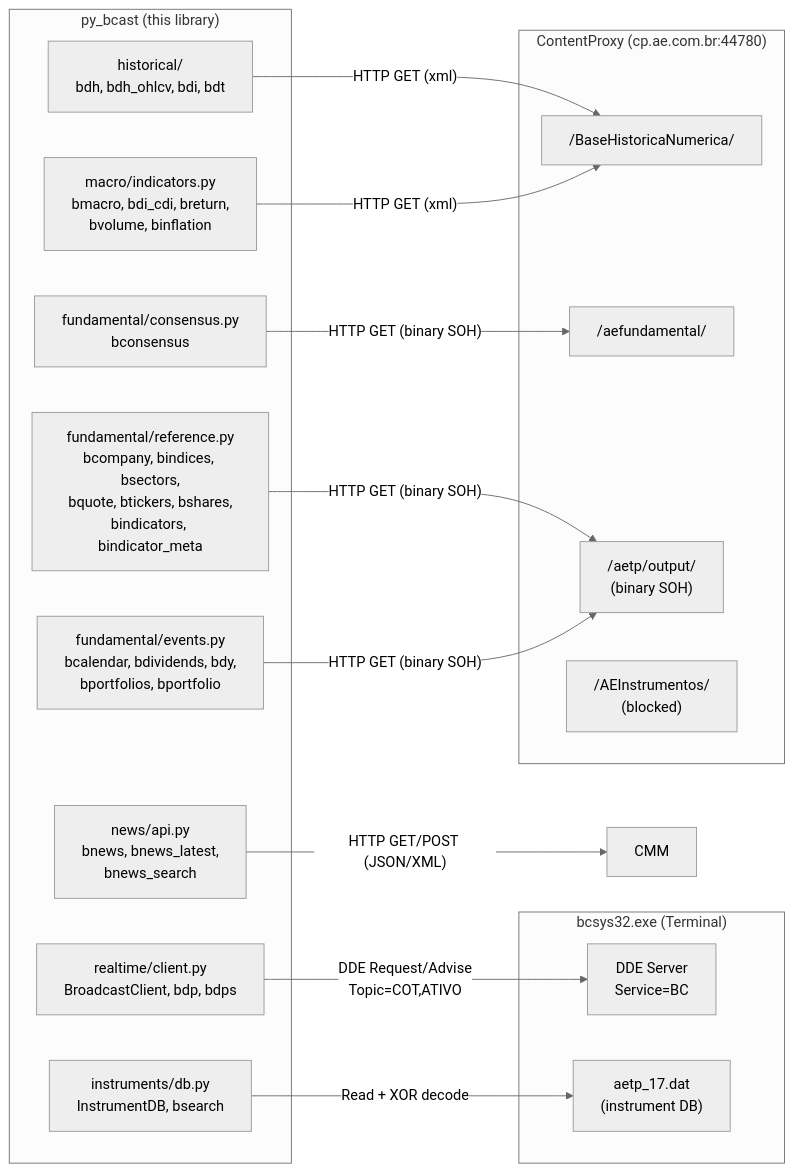
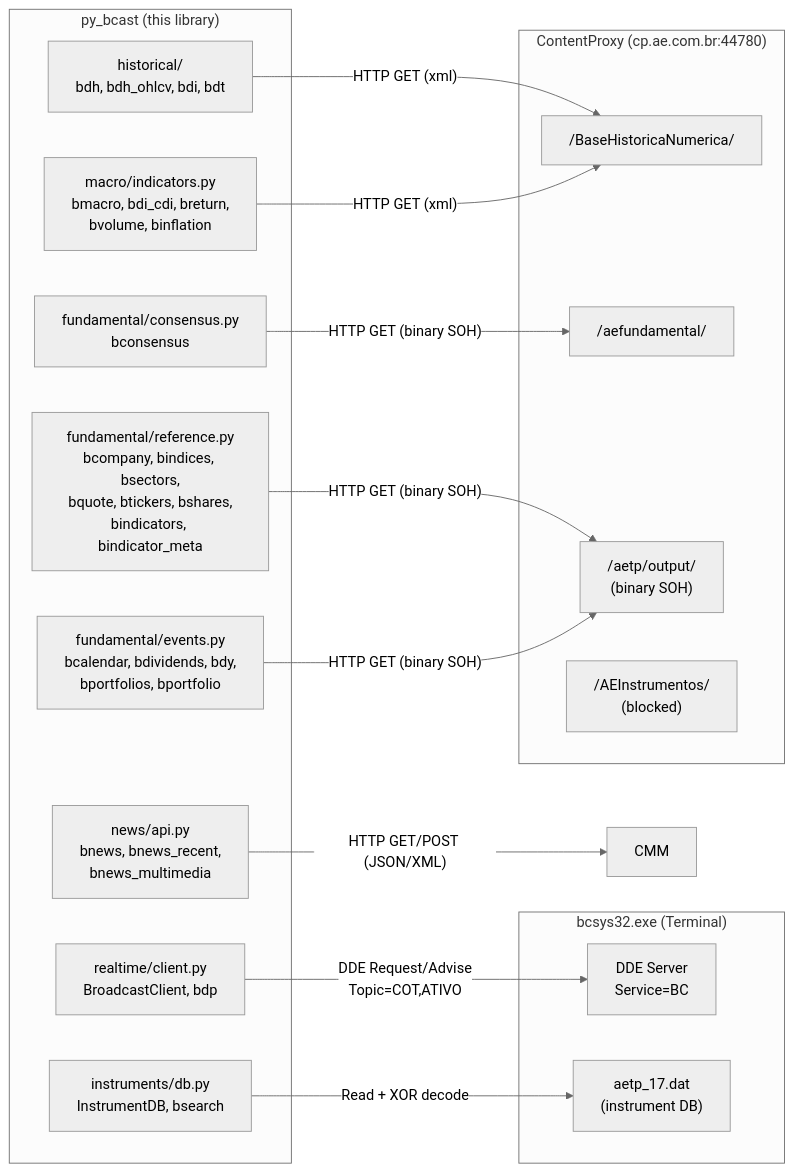
One commit to enzoomoreira/py-bcast changed the first of 2 diagrams in docs/legacy/internals.md. Above: the diagram before and after it, drawn with Mermaid (neutral theme). The commit also changed 6 other files, not shown here.

````diff
--- a/docs/legacy/internals.md
+++ b/docs/legacy/internals.md
@@ -22,34 +22,34 @@
 ```mermaid
 graph LR
     subgraph "py_bcast (this library)"
-        CLIENT["realtime/client.py<br/>BroadcastClient, bdp, bdps"]
+        CLIENT["realtime/client.py<br/>BroadcastClient, bdp"]
         HIST["historical/<br/>bdh, bdh_ohlcv, bdi, bdt"]
         MACRO["macro/indicators.py<br/>bmacro, bdi_cdi, breturn,<br/>bvolume, binflation"]
         FUND["fundamental/consensus.py<br/>bconsensus"]
         REF["fundamental/reference.py<br/>bcompany, bindices, bsectors,<br/>bquote, btickers, bshares,<br/>bindicators, bindicator_meta"]
         EVT["fundamental/events.py<br/>bcalendar, bdividends, bdy,<br/>bportfolios, bportfolio"]
-        NEWS["news/api.py<br/>bnews, bnews_latest,<br/>bnews_search"]
+        NEWS["news/api.py<br/>bnews, bnews_recent,<br/>bnews_multimedia"]
         INST["instruments/db.py<br/>InstrumentDB, bsearch"]
     end
 
     subgraph "bcsys32.exe (Terminal)"
         DDE["DDE Server<br/>Service=BC"]
         DB["aetp_17.dat<br/>(instrument DB)"]
     end
 
     subgraph "ContentProxy (cp.ae.com.br:44780)"
         BHN["/BaseHistoricaNumerica/"]
         AEF["/aefundamental/"]
         AETP["/aetp/output/<br/>(binary SOH)"]
         AEI["/AEInstrumentos/<br/>(blocked)"]
     end
 
     CLIENT -->|"DDE Request/Advise<br/>Topic=COT,ATIVO"| DDE
     HIST -->|"HTTP GET (xml)"| BHN
     MACRO -->|"HTTP GET (xml)"| BHN
     FUND -->|"HTTP GET (binary SOH)"| AEF
     REF -->|"HTTP GET (binary SOH)"| AETP
     EVT -->|"HTTP GET (binary SOH)"| AETP
     NEWS -->|"HTTP GET/POST (JSON/XML)"| CMM
     INST -->|"Read + XOR decode"| DB
 ```
````
